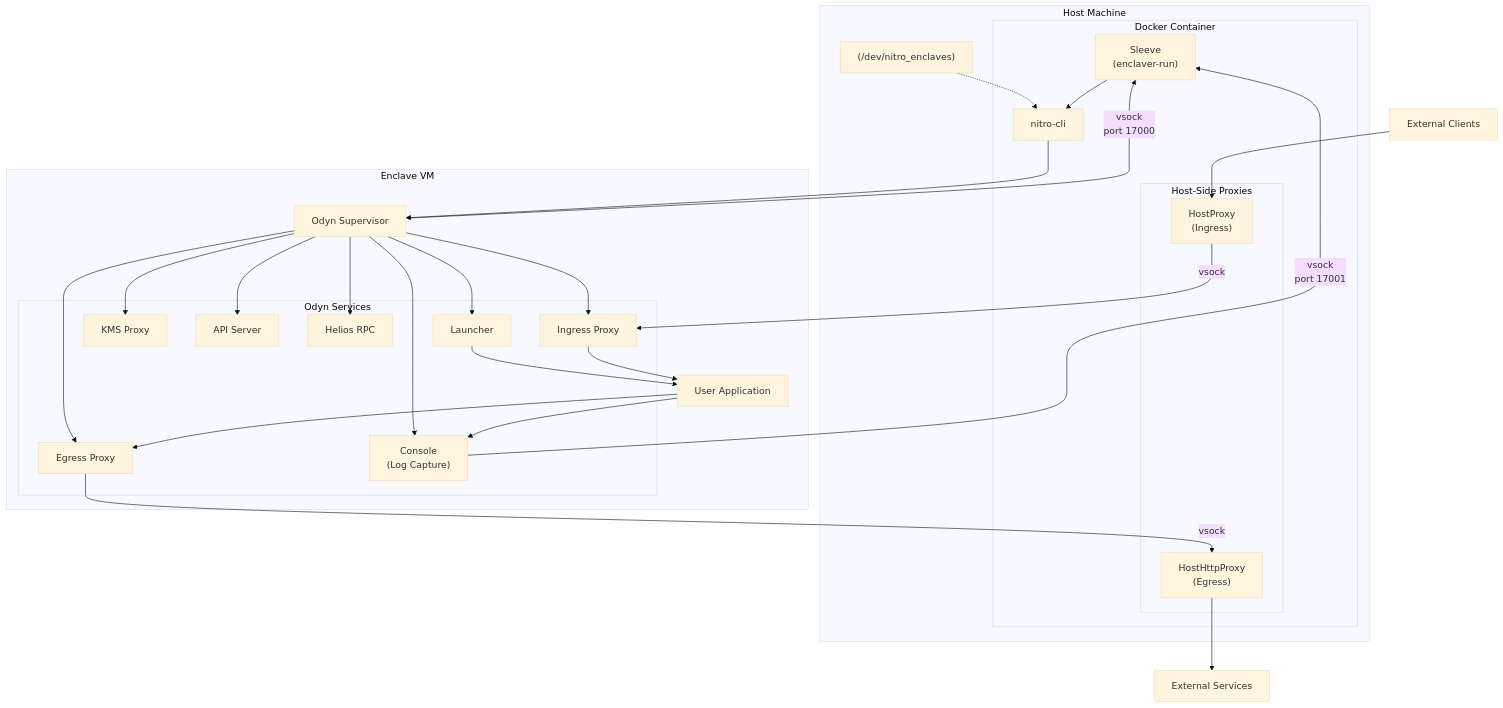
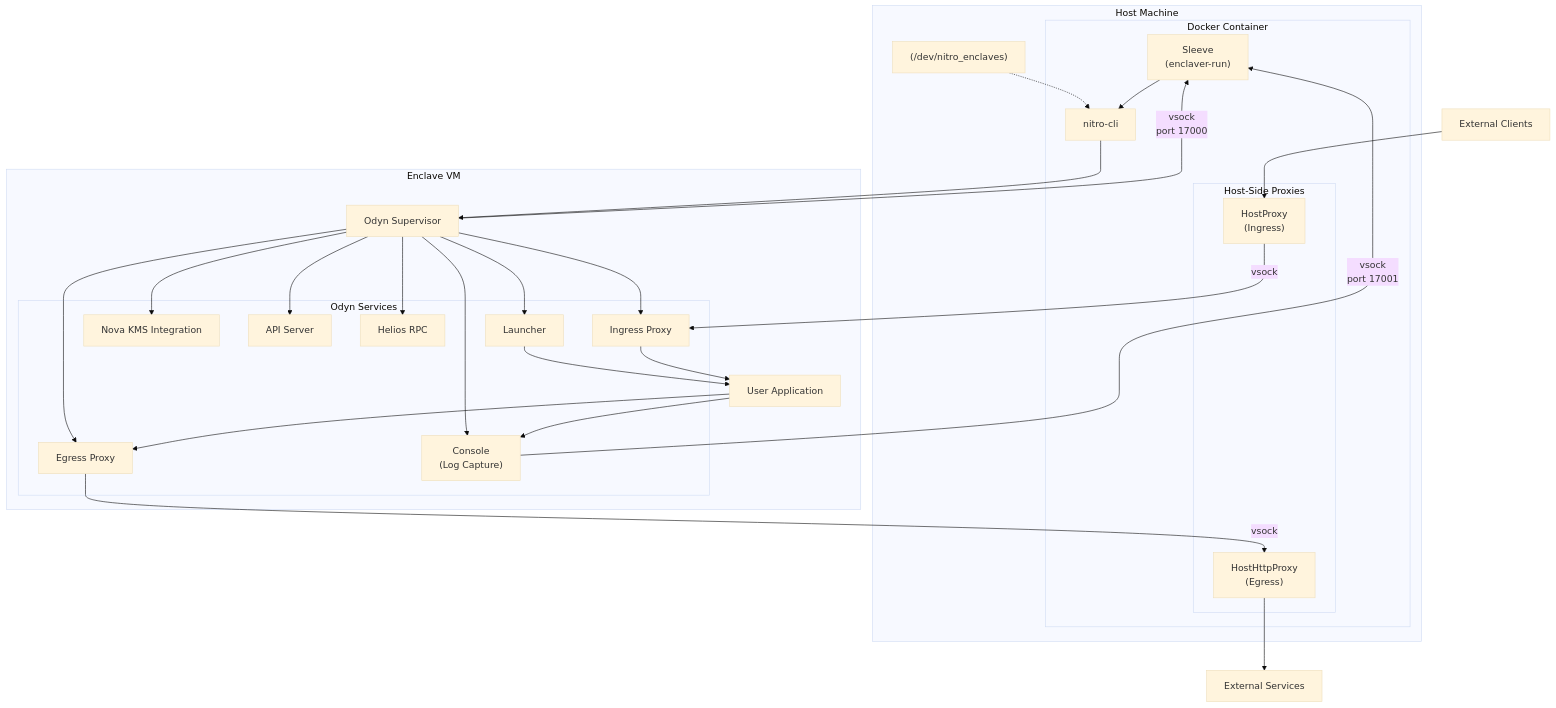
The seventh of 7 diagrams in docs/architecture.md (zfdang/nova-enclave-capsule), drawn with Mermaid (base theme) before and after one commit. The commit also changed other lines of this file and 22 other files, not shown here.

Commit message:
remove kms-proxy, keep nova-kms only

````diff
--- a/docs/architecture.md
+++ b/docs/architecture.md
@@ -375,62 +380,62 @@
 ```mermaid
 graph TB
     subgraph "Host Machine"
         subgraph "Docker Container"
             SLEEVE["Sleeve<br/>(enclaver-run)"]
             NITRO_CLI["nitro-cli"]
             
             subgraph "Host-Side Proxies"
                 HOST_INGRESS["HostProxy<br/>(Ingress)"]
                 HOST_EGRESS["HostHttpProxy<br/>(Egress)"]
             end
         end
         
         DEV["(/dev/nitro_enclaves)"]
     end
     
     subgraph "Enclave VM"
         ODYN["Odyn Supervisor"]
         
         subgraph "Odyn Services"
             ENCLAVE_INGRESS["Ingress Proxy"]
             ENCLAVE_EGRESS["Egress Proxy"]
-            KMS_PROXY["KMS Proxy"]
+            NOVA_KMS["Nova KMS Integration"]
             API["API Server"]
             HELIOS["Helios RPC"]
             CONSOLE["Console<br/>(Log Capture)"]
             LAUNCHER["Launcher"]
         end
         
         APP["User Application"]
     end
     
     EXTERNAL_CLIENT["External Clients"]
     EXTERNAL_SERVICES["External Services"]
     
     %% Connections
     DEV -.-> NITRO_CLI
     SLEEVE --> NITRO_CLI
     NITRO_CLI --> ODYN
     
     ODYN --> ENCLAVE_INGRESS
     ODYN --> ENCLAVE_EGRESS
-    ODYN --> KMS_PROXY
+    ODYN --> NOVA_KMS
     ODYN --> API
     ODYN --> HELIOS
     ODYN --> CONSOLE
     ODYN --> LAUNCHER
     
     LAUNCHER --> APP
     
     EXTERNAL_CLIENT --> HOST_INGRESS
     HOST_INGRESS -->|"vsock"| ENCLAVE_INGRESS
     ENCLAVE_INGRESS --> APP
     
     APP --> ENCLAVE_EGRESS
     ENCLAVE_EGRESS -->|"vsock"| HOST_EGRESS
     HOST_EGRESS --> EXTERNAL_SERVICES
     
     APP --> CONSOLE
     CONSOLE -->|"vsock<br/>port 17001"| SLEEVE
     ODYN -->|"vsock<br/>port 17000"| SLEEVE
 ```
````
